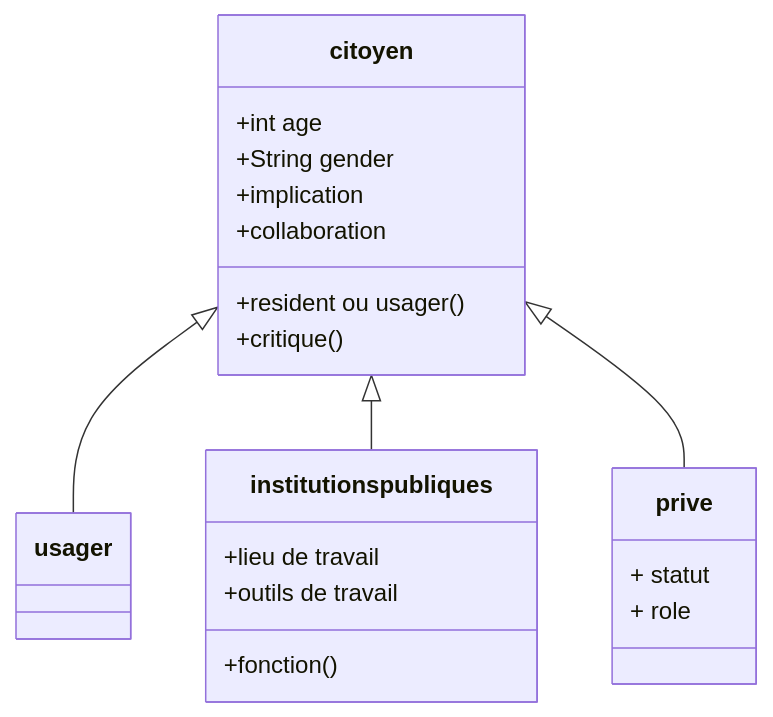
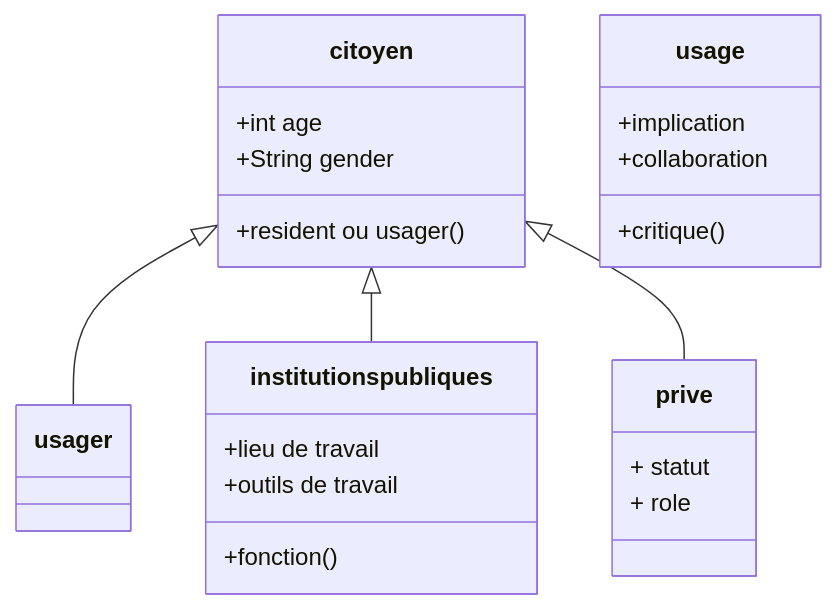
The diagram in acteurskahiarchi.md (kahiarchi/plaine---saint--Denis---batiment-), drawn with Mermaid before and after one commit.

Commit message:
Refactor class citoyen to class usage

````diff
--- a/acteurskahiarchi.md
+++ b/acteurskahiarchi.md
@@ -1,25 +1,25 @@
 ```mermaid
 classDiagram
     citoyen <|-- usager
     citoyen <|-- institutions publiques
     citoyen <|-- prive
 
     citoyen : +int age
     citoyen : +String gender
     citoyen : +resident ou usager()
 
-  class citoyen{
+  class usage {
      +implication 
      +collaboration
      +critique ()
     }
     class institutions publiques{
           +lieu de travail
           +outils de travail
           +fonction ()
     }
     class prive{
       + statut
      +  role
      }
 ```
````
